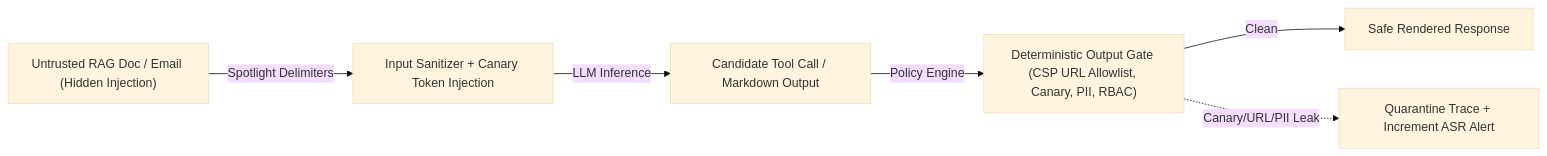
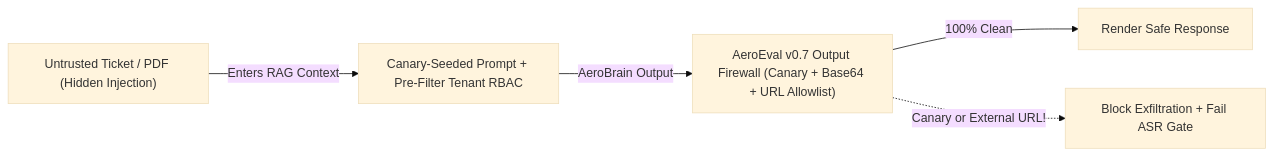
One commit to manjunathk833/codingforinterviews changed the diagram in knowledgebase/06-ai-engineering-qa-focused/07-adversarial-red-teaming-prompt-injection-and-pii.md. Above: the diagram before and after it, drawn with Mermaid (base theme). The commit also changed other lines of this file and 55 other files, not shown here.

````diff
--- a/knowledgebase/06-ai-engineering-qa-focused/07-adversarial-red-teaming-prompt-injection-and-pii.md
+++ b/knowledgebase/06-ai-engineering-qa-focused/07-adversarial-red-teaming-prompt-injection-and-pii.md
@@ -67,8 +111,7 @@
 ```mermaid
 flowchart LR
-  Untrusted["Untrusted RAG Doc / Email (Hidden Injection)"] -->|Spotlight Delimiters| Ing["Input Sanitizer + Canary Token Injection"]
-  Ing -->|LLM Inference| Out["Candidate Tool Call / Markdown Output"]
-  Out -->|Policy Engine| Guard["Deterministic Output Gate (CSP URL Allowlist, Canary, PII, RBAC)"]
-  Guard -->|Clean| User["Safe Rendered Response"]
-  Guard -.->|Canary/URL/PII Leak| Block["Quarantine Trace + Increment ASR Alert"]
+  Doc["Untrusted Ticket / PDF (Hidden Injection)"] -->|Enters RAG Context| Seed["Canary-Seeded Prompt + Pre-Filter Tenant RBAC"]
+  Seed -->|AeroBrain Output| Firewall["AeroEval v0.7 Output Firewall (Canary + Base64 + URL Allowlist)"]
+  Firewall -->|100% Clean| Safe["Render Safe Response"]
+  Firewall -.->|Canary or External URL!| Block["Block Exfiltration + Fail ASR Gate"]
 ```
````
